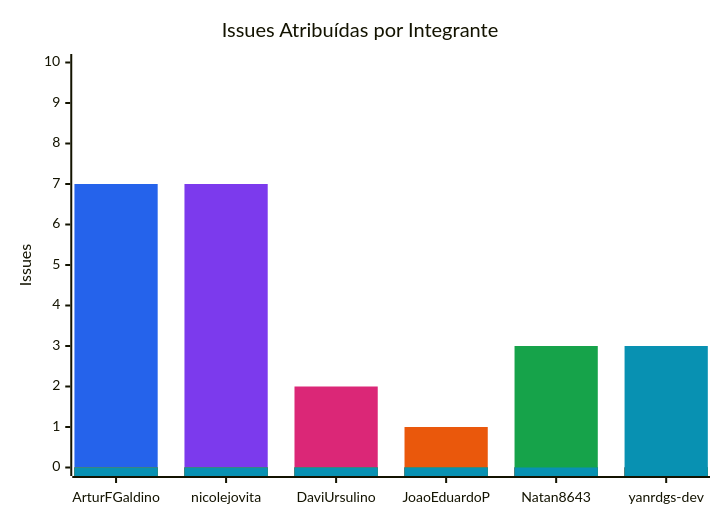
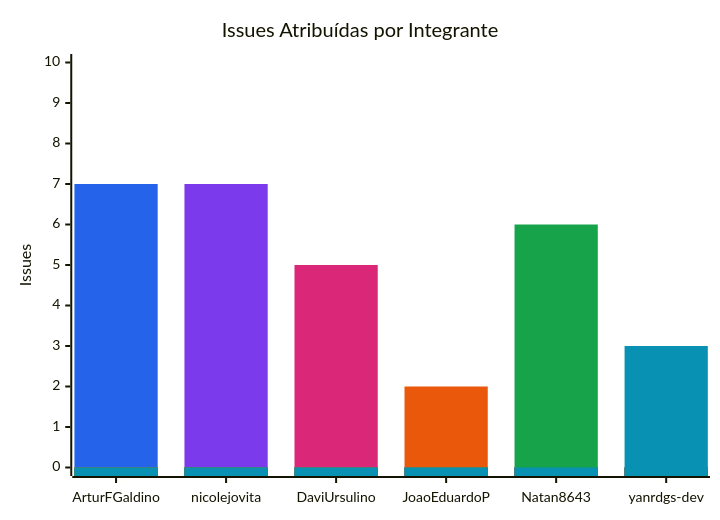
Before and after one commit to FCTE-Qualidade-de-Software-1/2026-2_T02_KAY_MCNULTY: the diagram in snippets/assigned-issues.mmd, drawn with Mermaid. The commit also changed 11 other files, not shown here.

```diff
--- a/snippets/assigned-issues.mmd
+++ b/snippets/assigned-issues.mmd
@@ -1,11 +1,11 @@
 %%{init: {"themeVariables": {"xyChart": {"plotColorPalette": "#2563eb, #7c3aed, #db2777, #ea580c, #16a34a, #0891b2"}}}}%%
 xychart-beta
     title "Issues Atribuídas por Integrante"
     x-axis ["ArturFGaldino", "nicolejovita", "DaviUrsulino", "JoaoEduardoP", "Natan8643", "yanrdgs-dev"]
     y-axis "Issues" 0 --> 10
     bar [7, 0, 0, 0, 0, 0]
     bar [0, 7, 0, 0, 0, 0]
-    bar [0, 0, 2, 0, 0, 0]
-    bar [0, 0, 0, 1, 0, 0]
-    bar [0, 0, 0, 0, 3, 0]
+    bar [0, 0, 5, 0, 0, 0]
+    bar [0, 0, 0, 2, 0, 0]
+    bar [0, 0, 0, 0, 6, 0]
     bar [0, 0, 0, 0, 0, 3]
```
